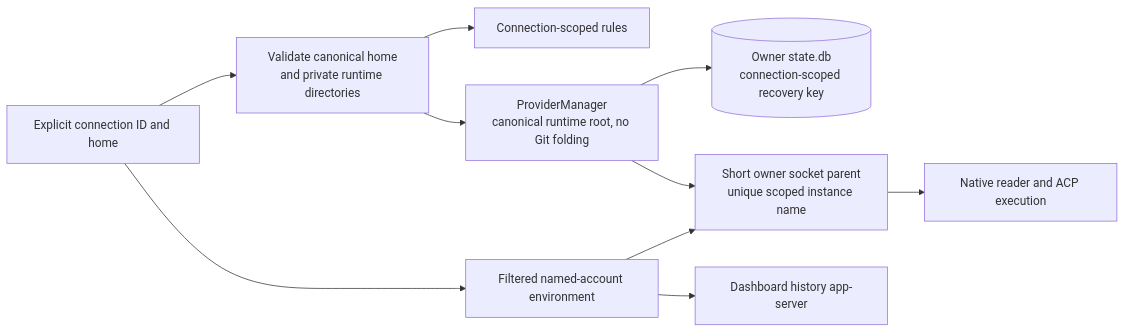
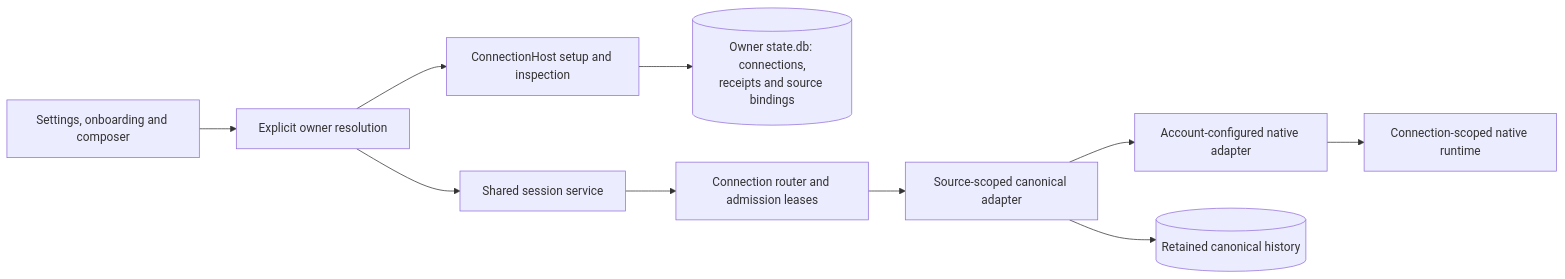
Before and after one commit to ocman/ocman: the diagram in docs/other/architecture-platform-connections.md, drawn with Mermaid. The commit also changed other lines of this file and 2 other files, not shown here.

Commit message:
docs(platforms): describe named connection setup and isolation

````diff
--- a/docs/other/architecture-platform-connections.md
+++ b/docs/other/architecture-platform-connections.md
@@ -110,12 +12,12 @@
 ```mermaid
 flowchart LR
-    Config[Explicit connection ID and home] --> Paths[Validate canonical home<br/>and private runtime directories]
-    Paths --> Rules[Connection-scoped rules]
-    Paths --> Manager[ProviderManager<br/>canonical runtime root, no Git folding]
-    Manager --> Record[(Owner state.db<br/>connection-scoped recovery key)]
-    Manager --> Supervisor[Short owner socket parent<br/>unique scoped instance name]
-    Config --> Env[Filtered named-account environment]
-    Env --> History[Dashboard history app-server]
-    Env --> Supervisor
-    Supervisor --> Native[Native reader and ACP execution]
+    Browser[Settings, onboarding and composer] --> Owner[Explicit owner resolution]
+    Owner --> Setup[ConnectionHost setup and inspection]
+    Setup --> Store[(Owner state.db: connections,<br/>receipts and source bindings)]
+    Owner --> Sessions[Shared session service]
+    Sessions --> Router[Connection router and admission leases]
+    Router --> Canonical[Source-scoped canonical adapter]
+    Canonical --> Native[Account-configured native adapter]
+    Canonical --> History[(Retained canonical history)]
+    Native --> Runtime[Connection-scoped native runtime]
 ```
````
